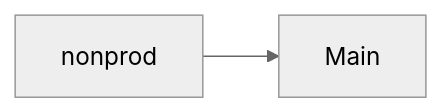
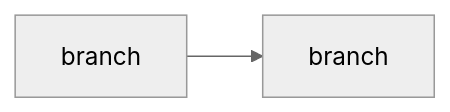
One commit to mednax-it/Omniparser_Schemas changed the diagram in README.md. Above: the diagram before and after it, drawn with Mermaid (neutral theme).

````diff
--- a/README.md
+++ b/README.md
@@ -6,4 +6,4 @@
 ```mermaid
 graph LR;
-    nonprod-->Main;
+    nonprod[branch]-->main[branch];
 ```
````
